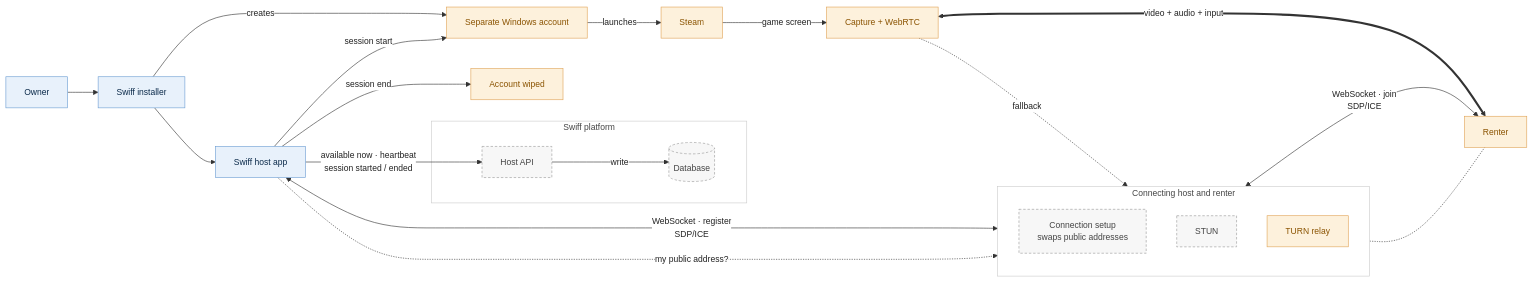
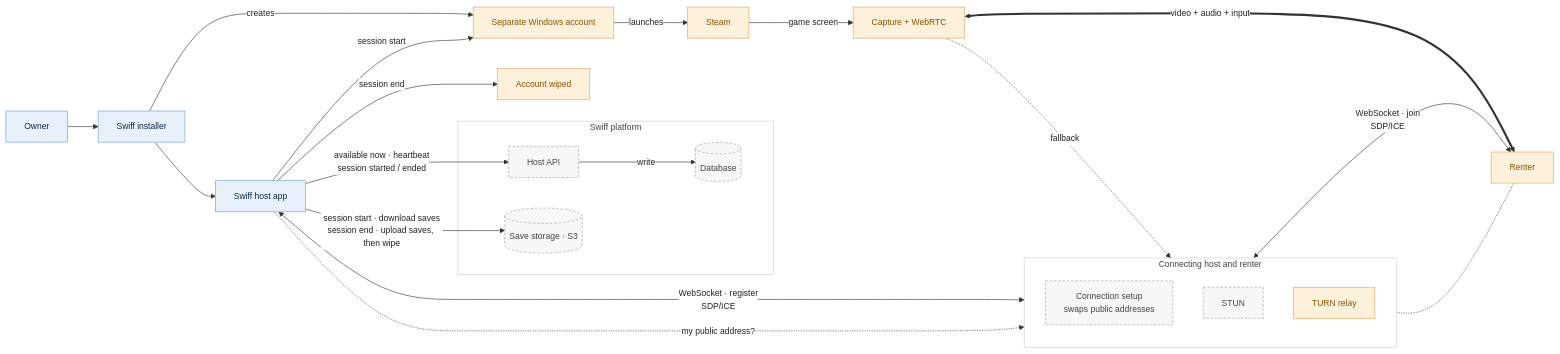
Before and after one commit to tomnotthomas/distributed_gaming: the diagram in docs/diagrams/host-isolation.mmd, drawn with Mermaid. The commit also changed 5 other files, not shown here.

```diff
--- a/docs/diagrams/host-isolation.mmd
+++ b/docs/diagrams/host-isolation.mmd
@@ -1,66 +1,68 @@
 ---
 config:
   theme: base
   flowchart:
     curve: basis
     htmlLabels: true
   themeVariables:
     fontFamily: "Helvetica Neue, Helvetica, Arial, sans-serif"
     fontSize: 14px
     edgeLabelBackground: "#ffffff"
     lineColor: "#333333"
     primaryTextColor: "#222222"
   themeCSS: >-
     .edgeLabel, .edgeLabel p, .edgeLabel span, .labelBkg { background: #fff !important; background-color: #fff !important; }
     .edgeLabel p, .edgeLabel span { color: #555; font-size: 13px; }
     .edgeLabel rect { fill: #fff !important; opacity: 1 !important; }
     svg, text, span, p, div { font-family: "Helvetica Neue", Helvetica, Arial, sans-serif !important; }
 ---
 flowchart LR
   Owner["Owner"]
   Installer["Swiff installer"]
   HostApp["Swiff host app"]
   Account["Separate Windows account"]
   Steam["Steam"]
   Capture["Capture + WebRTC"]
   Wiped["Account wiped"]
   subgraph Platform["Swiff platform"]
     API["Host API"]
     DB[("Database")]
+    S3[("Save storage · S3")]
   end
   subgraph Connect["Connecting host and renter"]
     direction TB
     SIG["Connection setup<br/>swaps public addresses"]
     STUN
     TURN
   end
   STUN["STUN"]
   TURN["TURN relay"]
   Renter["Renter"]
 
   Owner --> Installer
   Installer -- "creates" --> Account
   Installer --> HostApp
   HostApp -- "session start" --> Account
   HostApp -- "session end" --> Wiped
   Account -- "launches" --> Steam
   Steam -- "game screen" --> Capture
   HostApp -- "available now · heartbeat<br/>session started / ended" --> API
   API -- "write" --> DB
+  HostApp -- "session start · download saves<br/>session end · upload saves, then wipe" --> S3
   HostApp <-- "WebSocket · register<br/>SDP/ICE" --> SIG
   SIG <-- "WebSocket · join<br/>SDP/ICE" --> Renter
   HostApp -. "my public address?" .-> STUN
   Capture -. "fallback" .-> TURN
   TURN -.- Renter
   Capture <== "video + audio + input" ==> Renter
 
   classDef owner fill:#e8f1fb,stroke:#6d9ed3,color:#0b2a4a
   classDef session fill:#fdf1dc,stroke:#e0a458,color:#8a5300
   classDef platform fill:#f7f7f7,stroke:#999,stroke-dasharray:4 3,color:#444
   class Owner,Installer,HostApp owner
   class Account,Steam,Capture,Wiped,Renter session
-  class API,DB,SIG,STUN platform
+  class API,DB,S3,SIG,STUN platform
   classDef turn fill:#fdf1dc,stroke:#e0a458,color:#8a5300
   class TURN turn
   style Platform fill:#ffffff,stroke:#ccc,color:#444
   style Connect fill:#ffffff,stroke:#ccc,color:#444
```
